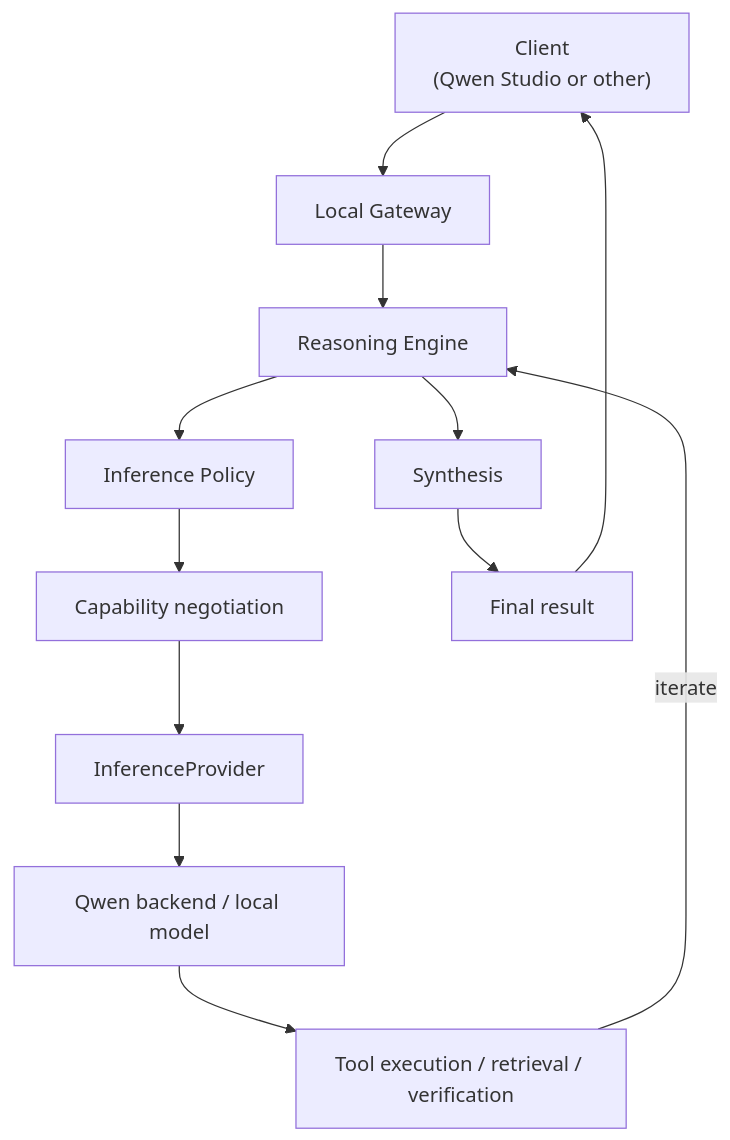
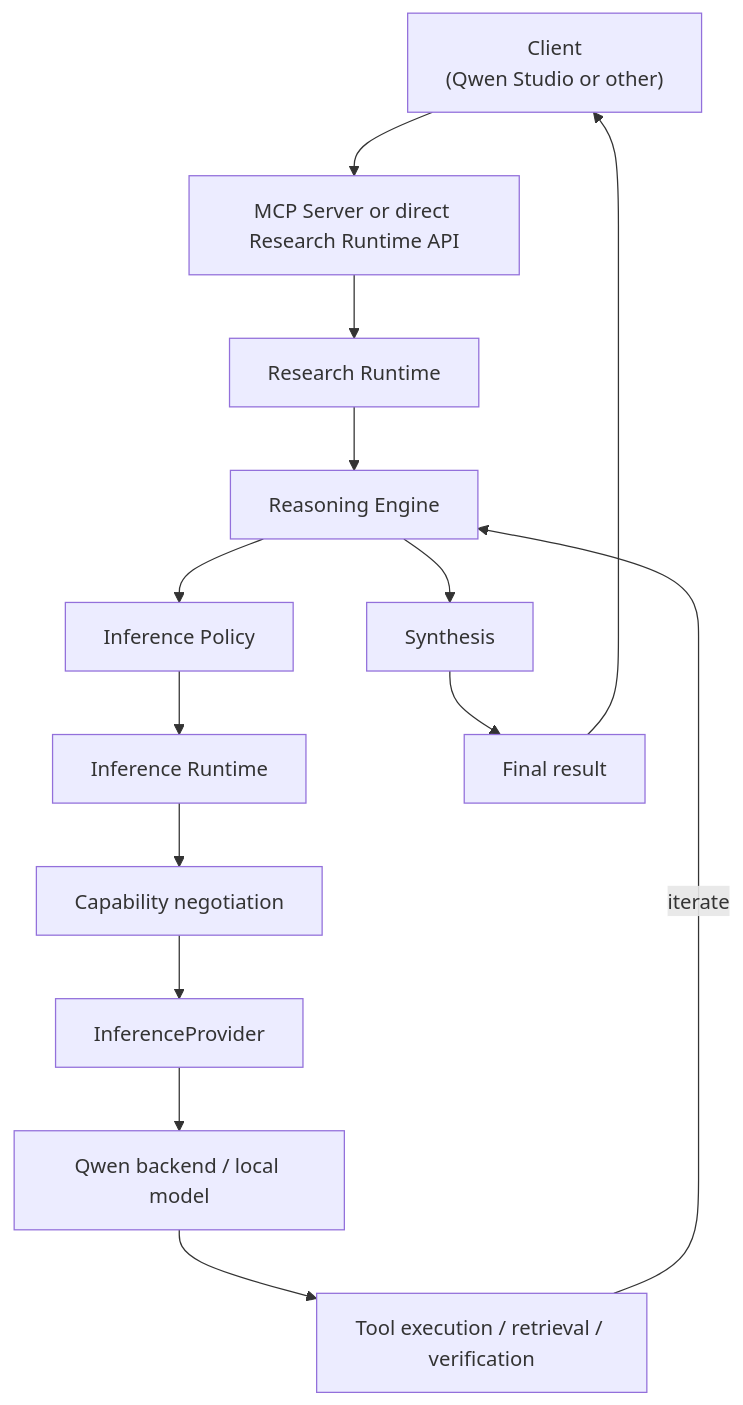
One commit to mitem743351/qwen changed the second of 5 diagrams in docs/architecture/diagrams/operating-modes.md. Above: the diagram before and after it, drawn with Mermaid. The commit also changed other lines of this file and 36 other files, not shown here.

First line of the commit message:
Phase 0.75: runtime boundary and execution architecture

````diff
--- a/docs/architecture/diagrams/operating-modes.md
+++ b/docs/architecture/diagrams/operating-modes.md
@@ -36,14 +39,16 @@
 ```mermaid
 flowchart TD
-    U["Client<br/>(Qwen Studio or other)"] --> LG["Local Gateway"]
-    LG --> RE["Reasoning Engine"]
+    U["Client<br/>(Qwen Studio or other)"] --> MS["MCP Server or direct Research Runtime API"]
+    MS --> RR["Research Runtime"]
+    RR --> RE["Reasoning Engine"]
     RE --> IP["Inference Policy"]
-    IP --> NEG["Capability negotiation"]
+    IP --> IR["Inference Runtime"]
+    IR --> NEG["Capability negotiation"]
     NEG --> PROV["InferenceProvider"]
     PROV --> QB["Qwen backend / local model"]
     QB --> TOOLS["Tool execution / retrieval / verification"]
     TOOLS -->|"iterate"| RE
     RE --> SYN["Synthesis"]
     SYN --> RES["Final result"]
     RES --> U
 ```
````
